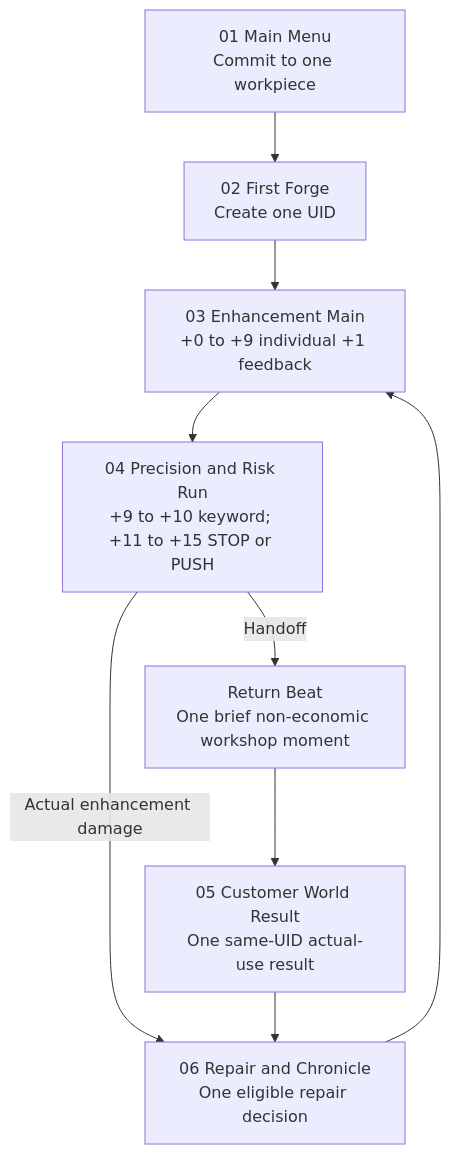
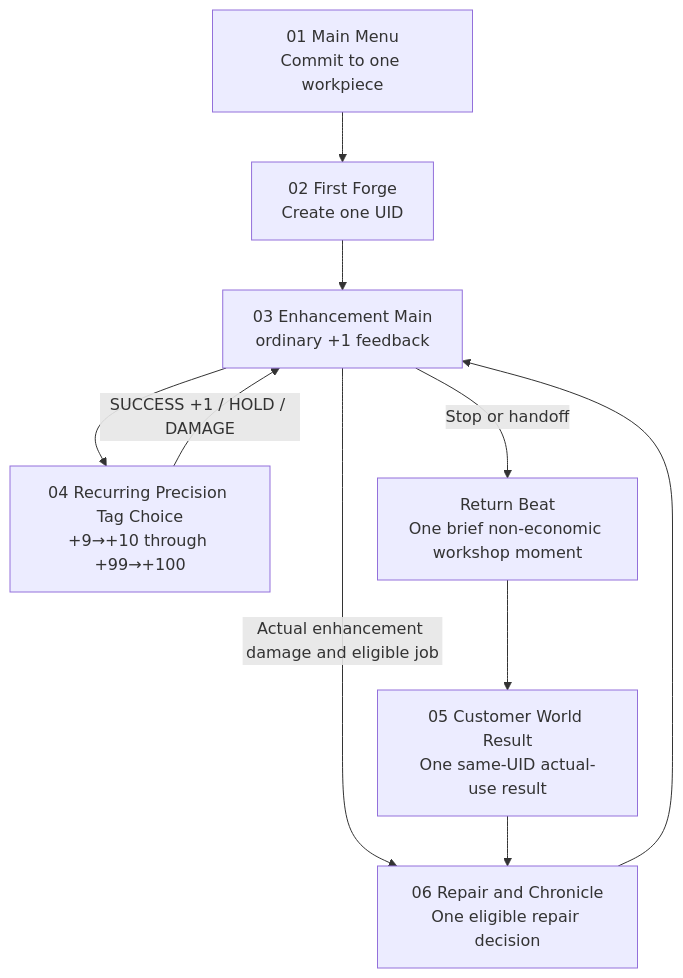
The diagram in docs/planning/PROJECT_CORE_SCENE_VISUAL_BOARD_20260828.md (alsdmlals4-eng/Blacksmith), drawn with Mermaid before and after one commit. The commit also changed other lines of this file and 4 other files, not shown here.

Commit message:
docs: record recurring precision scene art candidates

````diff
--- a/docs/planning/PROJECT_CORE_SCENE_VISUAL_BOARD_20260828.md
+++ b/docs/planning/PROJECT_CORE_SCENE_VISUAL_BOARD_20260828.md
@@ -36,11 +38,12 @@
 ```mermaid
 flowchart TD
     A[01 Main Menu\nCommit to one workpiece] --> B[02 First Forge\nCreate one UID]
-    B --> C[03 Enhancement Main\n+0 to +9 individual +1 feedback]
-    C --> D[04 Precision and Risk Run\n+9 to +10 keyword; +11 to +15 STOP or PUSH]
-    D -->|Handoff| H[Return Beat\nOne brief non-economic workshop moment]
+    B --> C[03 Enhancement Main\nordinary +1 feedback]
+    C --> D[04 Recurring Precision Tag Choice\n+9→+10 through +99→+100]
+    D -->|SUCCESS +1 / HOLD / DAMAGE| C
+    C -->|Stop or handoff| H[Return Beat\nOne brief non-economic workshop moment]
     H --> E[05 Customer World Result\nOne same-UID actual-use result]
-    D -->|Actual enhancement damage| F[06 Repair and Chronicle\nOne eligible repair decision]
+    C -->|Actual enhancement damage and eligible job| F[06 Repair and Chronicle\nOne eligible repair decision]
     E --> F
     F --> C
 ```
````
